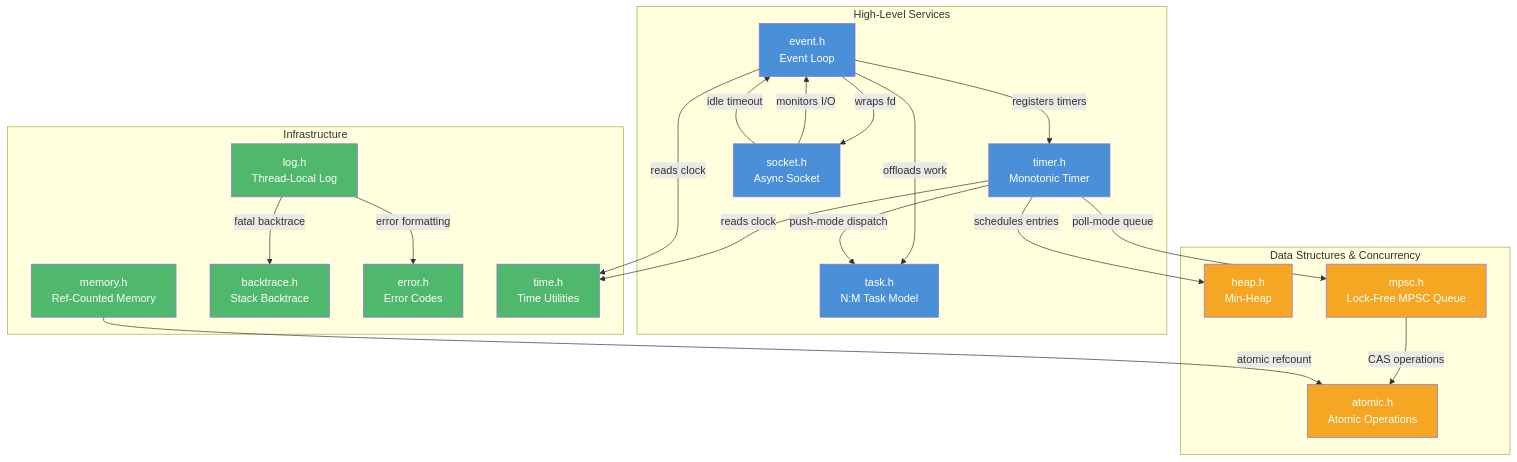
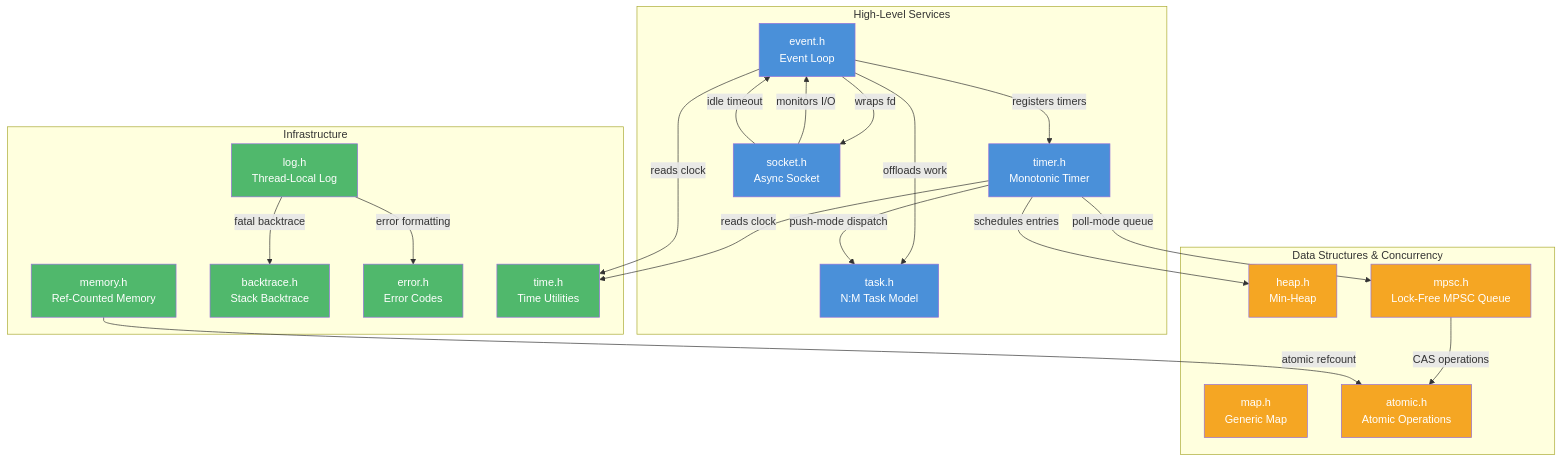
Before and after one commit to mivinci/DownloadKit: the first of 2 diagrams in docs/modules/xbase/README.md, drawn with Mermaid. The commit also changed other lines of this file and 3 other files, not shown here.

````diff
--- a/docs/modules/xbase/README.md
+++ b/docs/modules/xbase/README.md
@@ -25,55 +25,57 @@
 ```mermaid
 graph TD
     subgraph "High-Level Services"
         EVENT["event.h<br/>Event Loop"]
         TIMER["timer.h<br/>Monotonic Timer"]
         TASK["task.h<br/>N:M Task Model"]
         SOCKET["socket.h<br/>Async Socket"]
     end
 
     subgraph "Infrastructure"
         MEMORY["memory.h<br/>Ref-Counted Memory"]
         LOG["log.h<br/>Thread-Local Log"]
         BACKTRACE["backtrace.h<br/>Stack Backtrace"]
         ERROR["error.h<br/>Error Codes"]
         TIME["time.h<br/>Time Utilities"]
     end
 
     subgraph "Data Structures & Concurrency"
         HEAP["heap.h<br/>Min-Heap"]
+        MAP["map.h<br/>Generic Map"]
         MPSC["mpsc.h<br/>Lock-Free MPSC Queue"]
         ATOMIC["atomic.h<br/>Atomic Operations"]
     end
 
     EVENT -->|"registers timers"| TIMER
     EVENT -->|"offloads work"| TASK
     EVENT -->|"wraps fd"| SOCKET
     SOCKET -->|"monitors I/O"| EVENT
     SOCKET -->|"idle timeout"| EVENT
 
     TIMER -->|"schedules entries"| HEAP
     TIMER -->|"poll-mode queue"| MPSC
     TIMER -->|"push-mode dispatch"| TASK
     TIMER -->|"reads clock"| TIME
 
     MPSC -->|"CAS operations"| ATOMIC
     MEMORY -->|"atomic refcount"| ATOMIC
 
     LOG -->|"fatal backtrace"| BACKTRACE
     LOG -->|"error formatting"| ERROR
 
     EVENT -->|"reads clock"| TIME
 
     style EVENT fill:#4a90d9,color:#fff
     style TIMER fill:#4a90d9,color:#fff
     style TASK fill:#4a90d9,color:#fff
     style SOCKET fill:#4a90d9,color:#fff
     style MEMORY fill:#50b86c,color:#fff
     style LOG fill:#50b86c,color:#fff
     style BACKTRACE fill:#50b86c,color:#fff
     style ERROR fill:#50b86c,color:#fff
     style TIME fill:#50b86c,color:#fff
     style HEAP fill:#f5a623,color:#fff
+    style MAP fill:#f5a623,color:#fff
     style MPSC fill:#f5a623,color:#fff
     style ATOMIC fill:#f5a623,color:#fff
 ```
````
